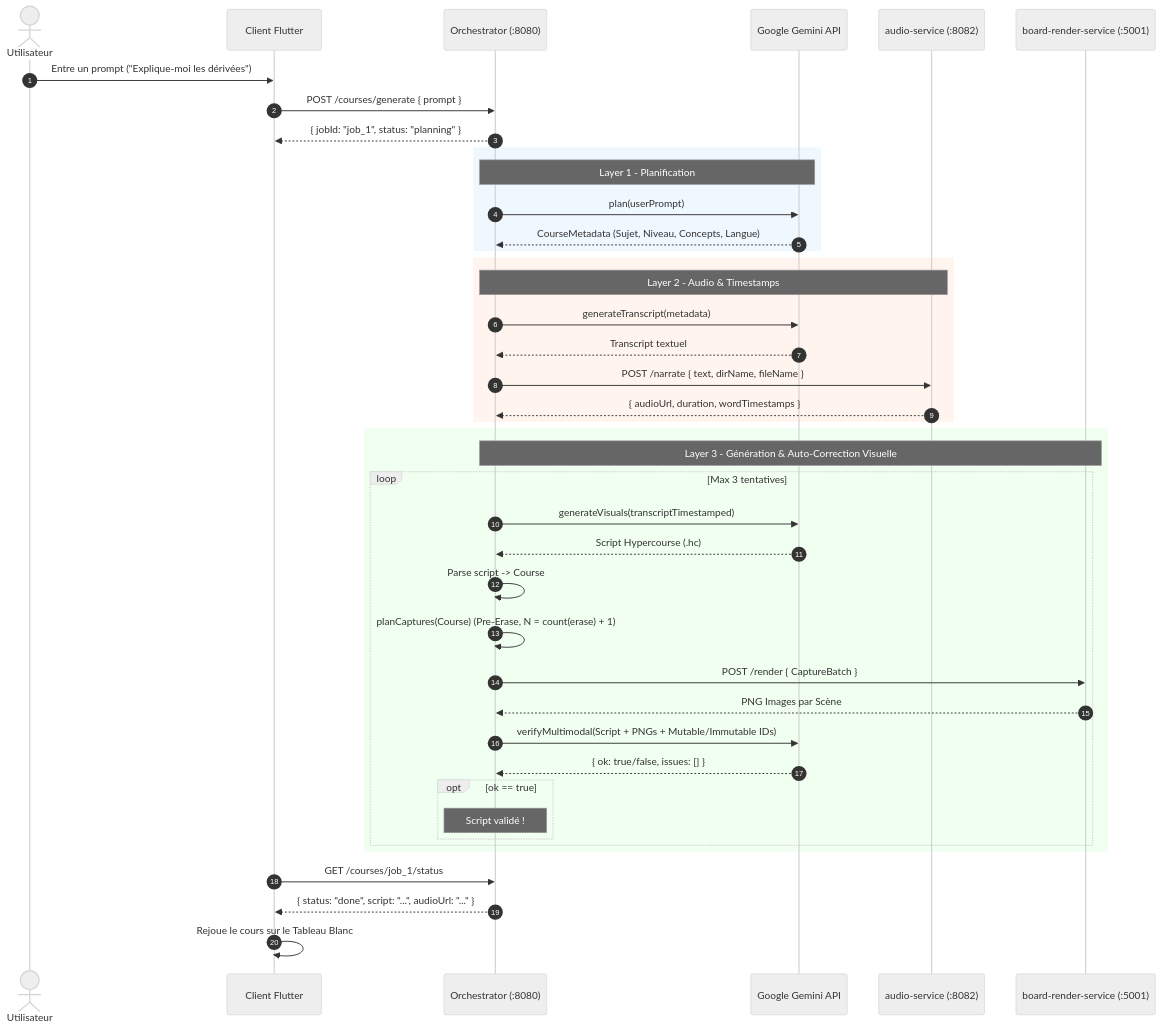
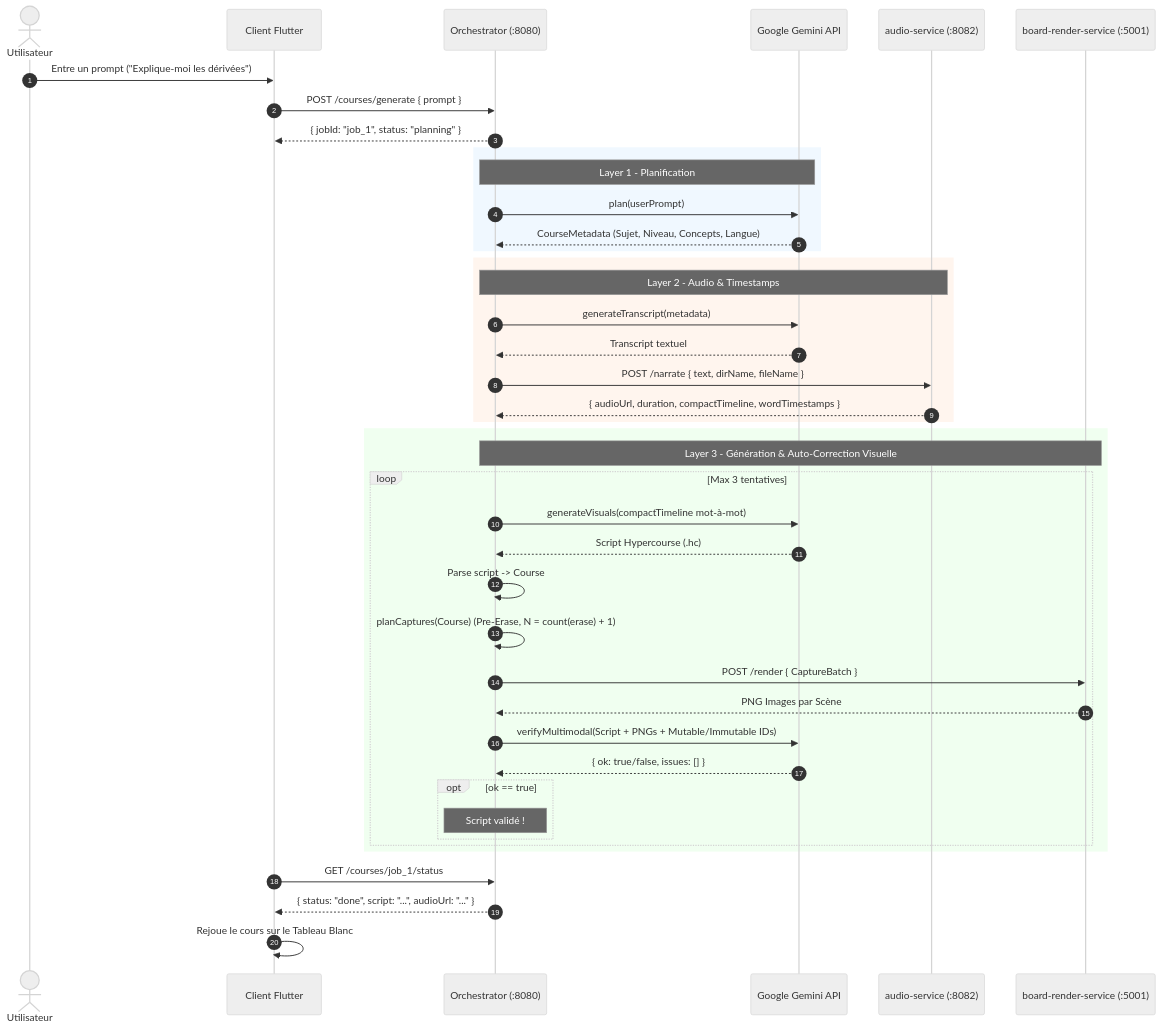
One commit to MELSIDI/ILLIMMI-PROJECT changed the second of 2 diagrams in docs/ARCHITECTURE.md. Above: the diagram before and after it, drawn with Mermaid (neutral theme). The commit also changed other lines of this file and 423 other files, not shown here.

````diff
--- a/docs/ARCHITECTURE.md
+++ b/docs/ARCHITECTURE.md
@@ -75,49 +75,49 @@
 ```mermaid
 sequenceDiagram
     autonumber
     actor User as Utilisateur
     participant App as Client Flutter
     participant Orch as Orchestrator (:8080)
     participant Gemini as Google Gemini API
     participant Audio as audio-service (:8082)
     participant Render as board-render-service (:5001)
 
     User->>App: Entre un prompt ("Explique-moi les dérivées")
     App->>Orch: POST /courses/generate { prompt }
     Orch-->>App: { jobId: "job_1", status: "planning" }
     
     rect rgb(240, 248, 255)
         Note over Orch,Gemini: Layer 1 - Planification
         Orch->>Gemini: plan(userPrompt)
         Gemini-->>Orch: CourseMetadata (Sujet, Niveau, Concepts, Langue)
     end
 
     rect rgb(255, 245, 238)
         Note over Orch,Audio: Layer 2 - Audio & Timestamps
         Orch->>Gemini: generateTranscript(metadata)
         Gemini-->>Orch: Transcript textuel
         Orch->>Audio: POST /narrate { text, dirName, fileName }
-        Audio-->>Orch: { audioUrl, duration, wordTimestamps }
+        Audio-->>Orch: { audioUrl, duration, compactTimeline, wordTimestamps }
     end
 
     rect rgb(240, 255, 240)
         Note over Orch,Render: Layer 3 - Génération & Auto-Correction Visuelle
         loop Max 3 tentatives
-            Orch->>Gemini: generateVisuals(transcriptTimestamped)
+            Orch->>Gemini: generateVisuals(compactTimeline mot-à-mot)
             Gemini-->>Orch: Script Hypercourse (.hc)
             Orch->>Orch: Parse script -> Course
             Orch->>Orch: planCaptures(Course) (Pre-Erase, N = count(erase) + 1)
             Orch->>Render: POST /render { CaptureBatch }
             Render-->>Orch: PNG Images par Scène
             Orch->>Gemini: verifyMultimodal(Script + PNGs + Mutable/Immutable IDs)
             Gemini-->>Orch: { ok: true/false, issues: [] }
             opt ok == true
                 Note over Orch: Script validé !
             end
         end
     end
 
     App->>Orch: GET /courses/job_1/status
     Orch-->>App: { status: "done", script: "...", audioUrl: "..." }
     App->>App: Rejoue le cours sur le Tableau Blanc
 ```
````
